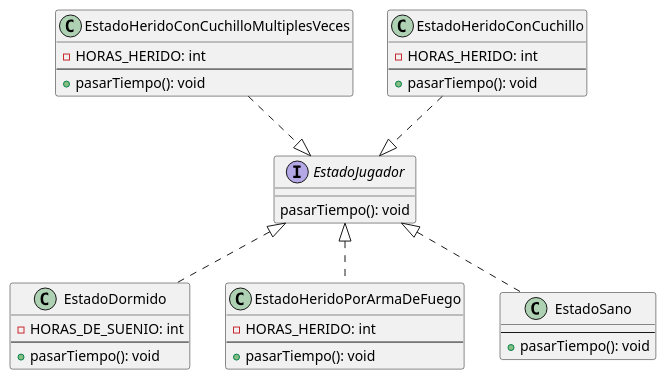
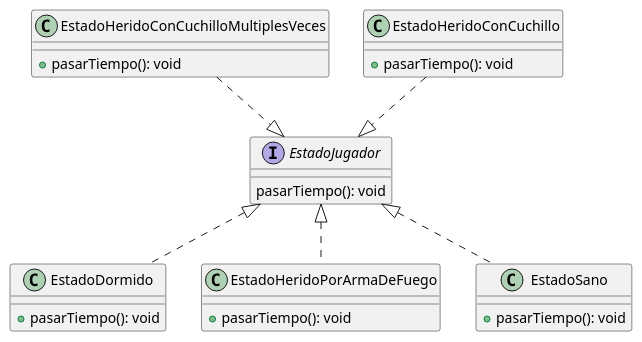
The diagram in diagrams/classes/Entrega1/classEstadoJugador.puml (alexguttlein/TP2-CarmenSandiego), drawn with PlantUML before and after one commit. The commit also changed 12 other files, not shown here.

Commit message:
Se actualizan diagramas

```diff
--- a/diagrams/classes/Entrega1/classEstadoJugador.puml
+++ b/diagrams/classes/Entrega1/classEstadoJugador.puml
@@ -1,36 +1,27 @@
 @startuml
 
 interface EstadoJugador{
     pasarTiempo(): void
 }
 class EstadoDormido{
-    -HORAS_DE_SUENIO: int
-    --
     +pasarTiempo(): void
 }
 class EstadoHeridoConCuchillo{
-    -HORAS_HERIDO: int
-    --
     +pasarTiempo(): void
 }
 class EstadoHeridoConCuchilloMultiplesVeces{
-    -HORAS_HERIDO: int
-    --
     +pasarTiempo(): void
 }
 class EstadoHeridoPorArmaDeFuego{
-    -HORAS_HERIDO: int
-    --
     +pasarTiempo(): void
 }
 class EstadoSano{
-    --
     +pasarTiempo(): void
 }
 EstadoJugador <|.. EstadoDormido
 EstadoJugador <|.up. EstadoHeridoConCuchillo
 EstadoJugador <|.up. EstadoHeridoConCuchilloMultiplesVeces
 EstadoJugador <|.. EstadoHeridoPorArmaDeFuego
 EstadoJugador <|.. EstadoSano
 
 @enduml
```
